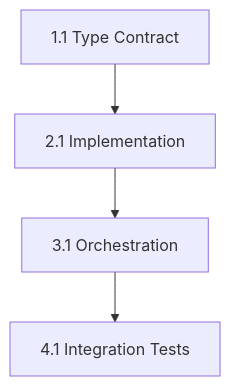
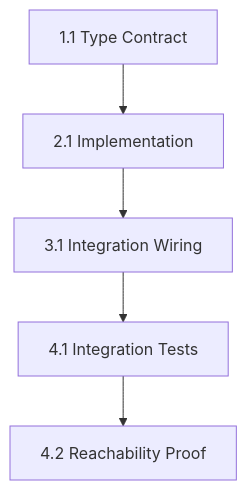
Before and after one commit to lbliii/sunwell: the diagram in .cursor/rules/commands/plan/RULE.mdc, drawn with Mermaid. The commit also changed other lines of this file and 92 other files, not shown here.

````diff
--- a/.cursor/rules/commands/plan/RULE.mdc
+++ b/.cursor/rules/commands/plan/RULE.mdc
@@ -206,6 +254,7 @@
 ```mermaid
 graph TD
     1.1[1.1 Type Contract] --> 2.1[2.1 Implementation]
-    2.1 --> 3.1[3.1 Orchestration]
+    2.1 --> 3.1[3.1 Integration Wiring]
     3.1 --> 4.1[4.1 Integration Tests]
+    4.1 --> 4.2[4.2 Reachability Proof]
 ```
````
